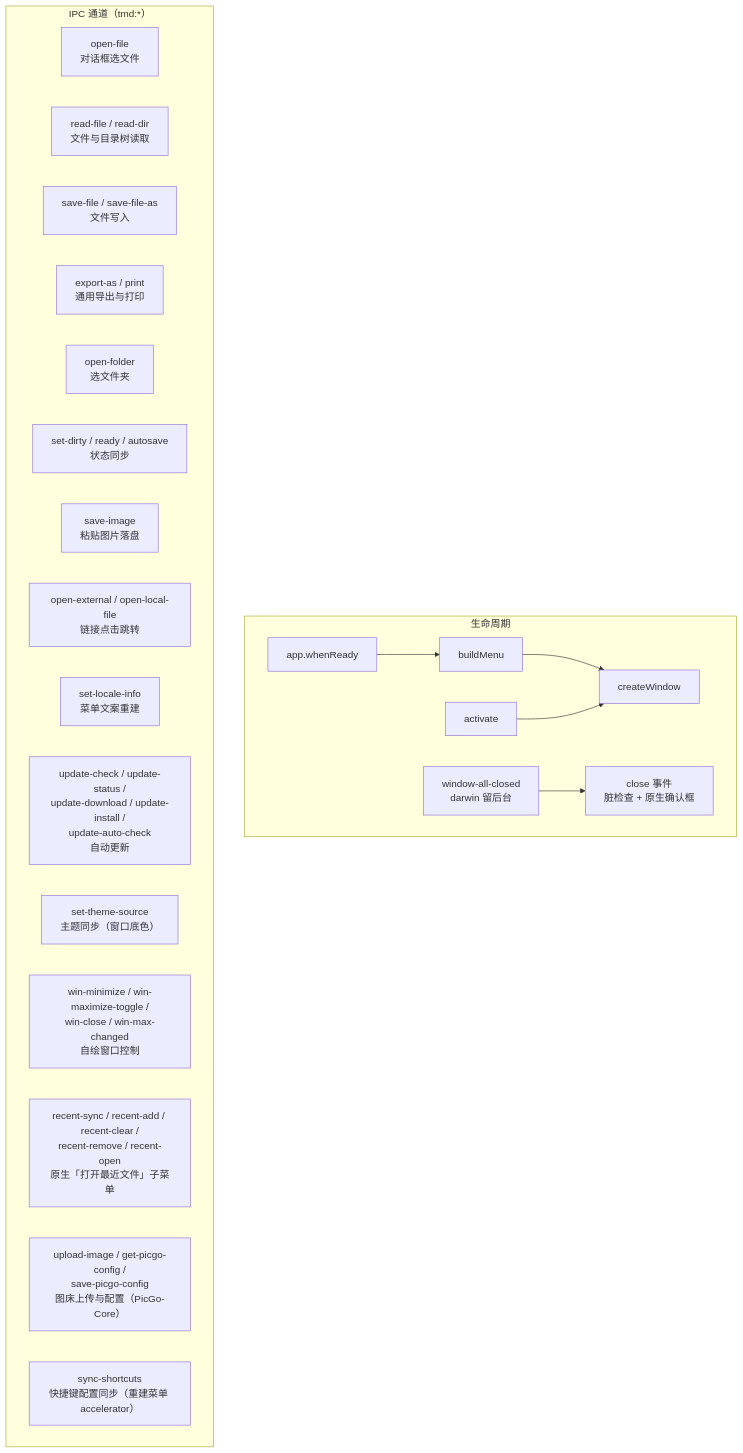
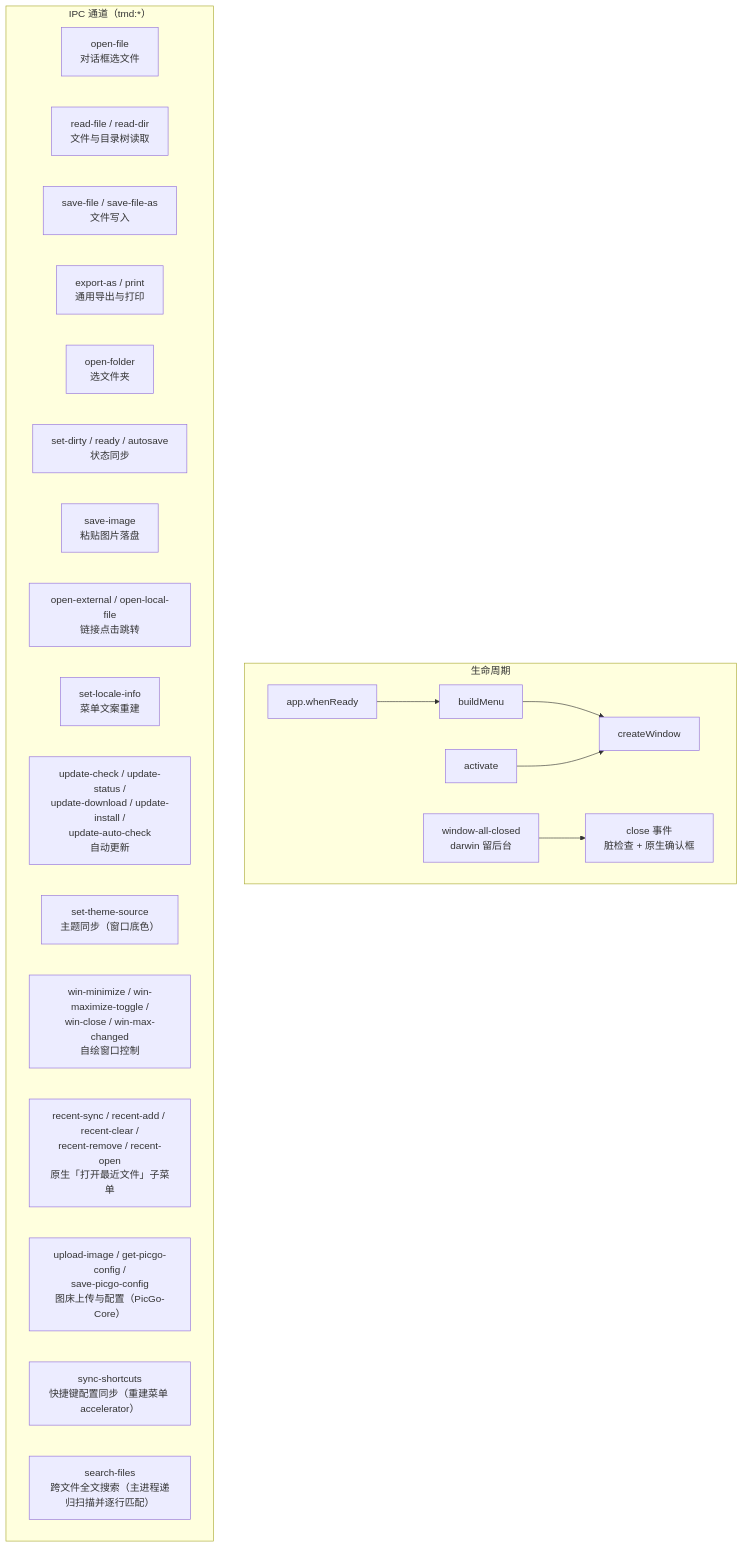
The fourth of 4 diagrams in docs/架构设计.md (ChiangyangNPU/tmd), drawn with Mermaid before and after one commit. The commit also changed other lines of this file and 24 other files, not shown here.

````diff
--- a/docs/架构设计.md
+++ b/docs/架构设计.md
@@ -198,26 +204,27 @@
 ```mermaid
 flowchart TB
     subgraph 生命周期
         L1[app.whenReady] --> L2[buildMenu] --> L3[createWindow]
         L4[activate] --> L3
         L5[window-all-closed<br/>darwin 留后台] --> L6[close 事件<br/>脏检查 + 原生确认框]
     end
 
     subgraph IPC["IPC 通道（tmd:*）"]
         C1[open-file<br/>对话框选文件]
         C2[read-file / read-dir<br/>文件与目录树读取]
         C3[save-file / save-file-as<br/>文件写入]
         C4[export-as / print<br/>通用导出与打印]
         C5[open-folder<br/>选文件夹]
         C6[set-dirty / ready / autosave<br/>状态同步]
         C7[save-image<br/>粘贴图片落盘]
         C7B[open-external / open-local-file<br/>链接点击跳转]
         C8[set-locale-info<br/>菜单文案重建]
         C9[update-check / update-status /<br/>update-download / update-install /<br/>update-auto-check<br/>自动更新]
         C10[set-theme-source<br/>主题同步（窗口底色）]
         C11[win-minimize / win-maximize-toggle /<br/>win-close / win-max-changed<br/>自绘窗口控制]
         C12[recent-sync / recent-add / recent-clear /<br/>recent-remove / recent-open<br/>原生「打开最近文件」子菜单]
         C13[upload-image / get-picgo-config /<br/>save-picgo-config<br/>图床上传与配置（PicGo-Core）]
         C14[sync-shortcuts<br/>快捷键配置同步（重建菜单 accelerator）]
+        C15[search-files<br/>跨文件全文搜索（主进程递归扫描并逐行匹配）]
     end
 ```
````
